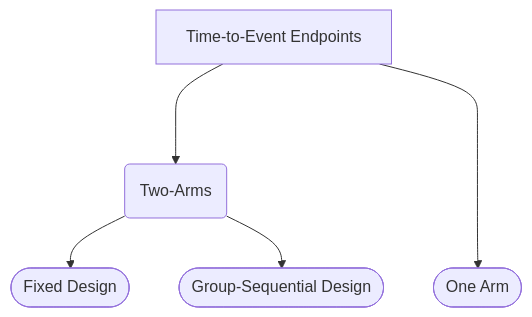
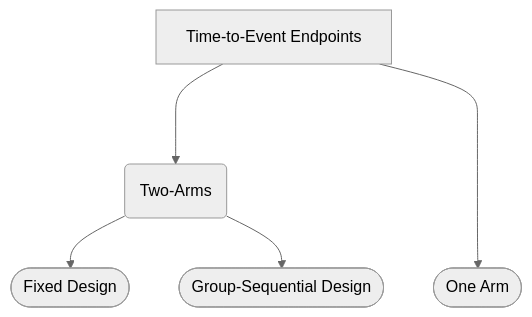
The first of 2 diagrams in surv/survival-endpoint.qmd (Oncostat/sample-size-comparison), drawn with Mermaid before and after one commit. The commit also changed other lines of this file and 33 other files, not shown here.

````diff
--- a/surv/survival-endpoint.qmd
+++ b/surv/survival-endpoint.qmd
@@ -5,7 +5,11 @@
 ```{mermaid}
+---
+config:
+  theme: neutral
+---
 flowchart TB
     AA[Time-to-Event Endpoints] ---> AAA(Two-Arms)
       AAA --> AAAA([Fixed Design])
       AAA --> AAAB([Group-Sequential Design])
     AA ----> AAB([One Arm])
 ```
````
